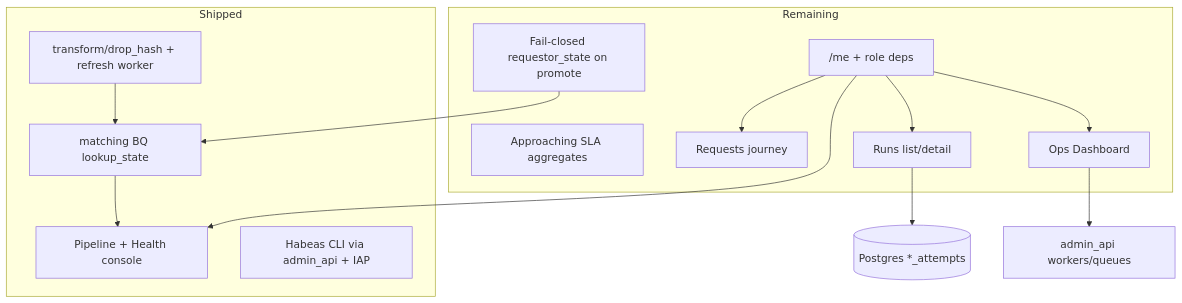
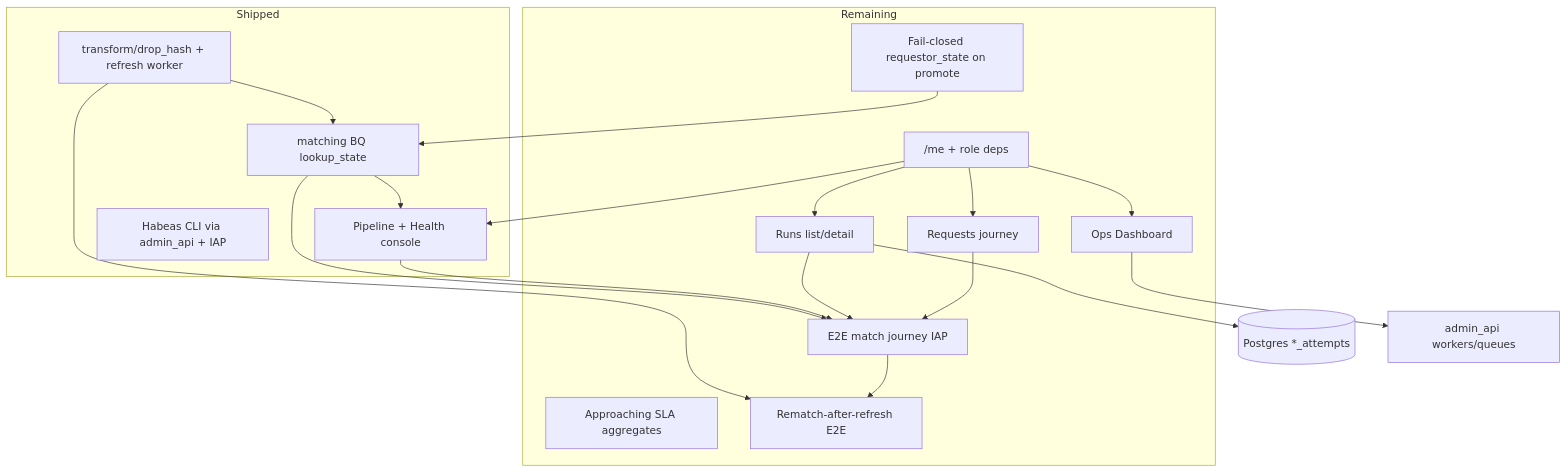
One commit to Joesirven/habeas changed the diagram in docs/plans/2026-07-17-001-feat-drop-hash-ops-consolidated-plan.md. Above: the diagram before and after it, drawn with Mermaid. The commit also changed other lines of this file and 4 other files, not shown here.

````diff
--- a/docs/plans/2026-07-17-001-feat-drop-hash-ops-consolidated-plan.md
+++ b/docs/plans/2026-07-17-001-feat-drop-hash-ops-consolidated-plan.md
@@ -207,26 +220,34 @@
 ```mermaid
 flowchart TB
   subgraph shipped [Shipped]
     Hash[transform/drop_hash + refresh worker]
     Match[matching BQ lookup_state]
     Pipe[Pipeline + Health console]
     CLI[Habeas CLI via admin_api + IAP]
   end
   subgraph residual [Remaining]
     SoftCA[Fail-closed requestor_state on promote]
     SLA[Approaching SLA aggregates]
     Roles["/me + role deps"]
     Req[Requests journey]
     Runs[Runs list/detail]
     Dash[Ops Dashboard]
+    E2E[E2E match journey IAP]
+    RematchE2E[Rematch-after-refresh E2E]
   end
   Hash --> Match
   Match --> Pipe
   SoftCA --> Match
   Roles --> Req
   Roles --> Runs
   Roles --> Dash
   Roles --> Pipe
   Runs --> Attempts[(Postgres *_attempts)]
   Dash --> AdminAgg[admin_api workers/queues]
+  Req --> E2E
+  Runs --> E2E
+  Pipe --> E2E
+  Match --> E2E
+  E2E --> RematchE2E
+  Hash --> RematchE2E
 ```
````
